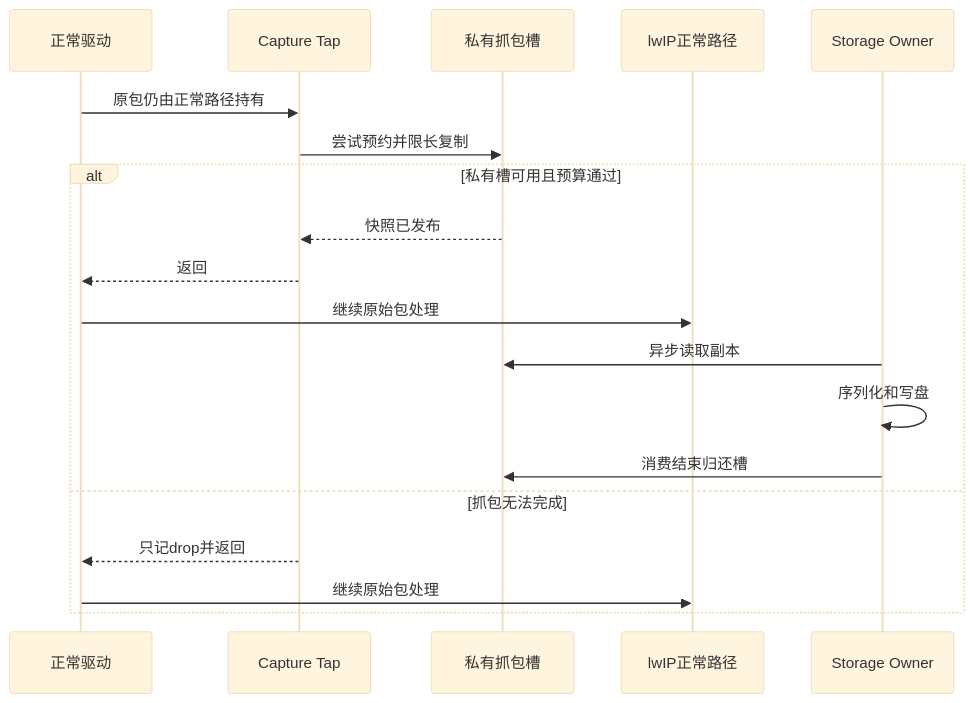
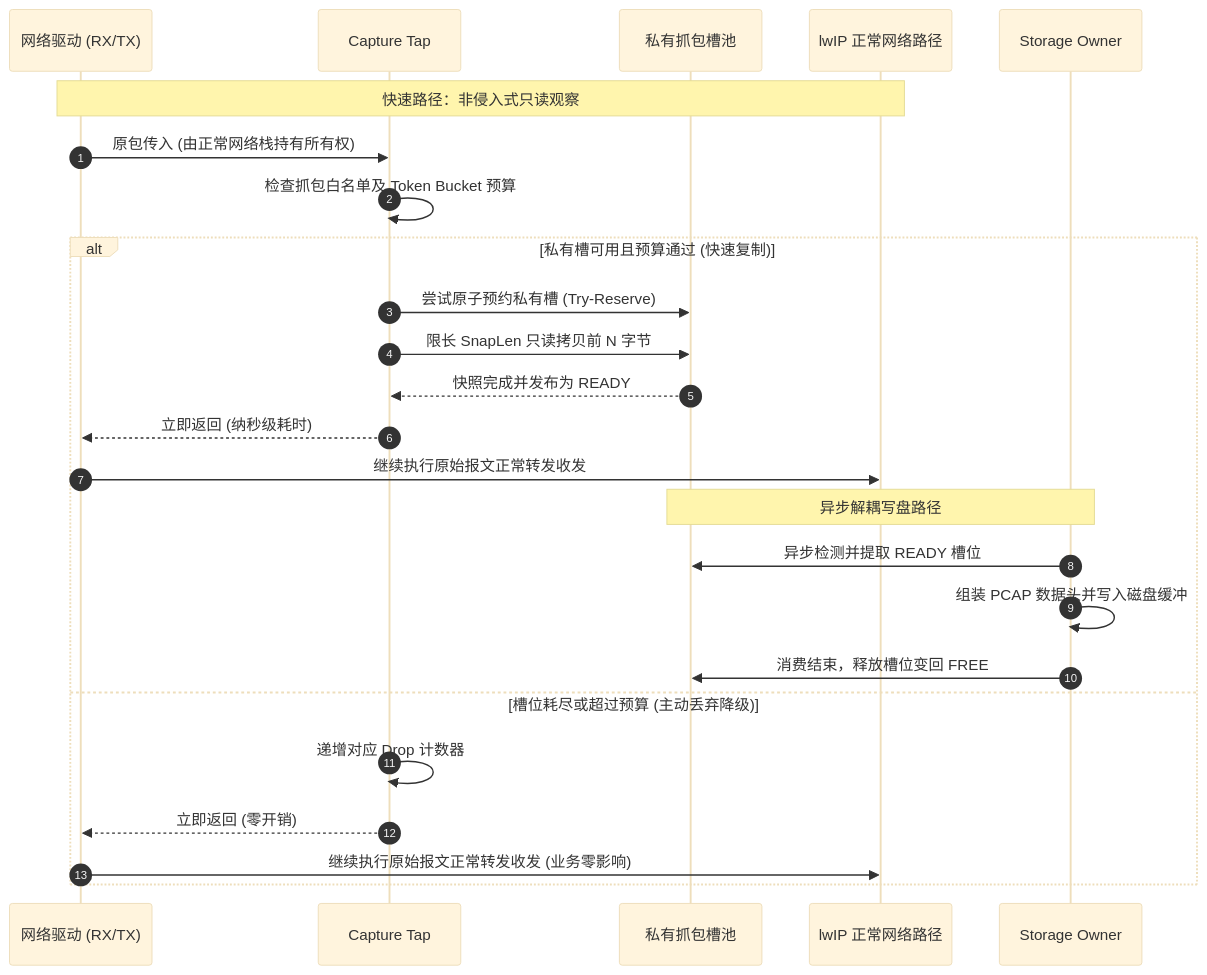
One commit to luckyJimLu/system-design-notes changed the seventh of 12 diagrams in embedded-systems/modemlog/03-modem-complete-mermaid-flows.md. Above: the diagram before and after it, drawn with Mermaid (base theme). The commit also changed other lines of this file and 19 other files, not shown here.

First line of the commit message:
docs: update modem flows and system documentation

````diff
--- a/embedded-systems/modemlog/03-modem-complete-mermaid-flows.md
+++ b/embedded-systems/modemlog/03-modem-complete-mermaid-flows.md
@@ -105,21 +209,30 @@
 ```mermaid
 sequenceDiagram
-    participant driver as 正常驱动
-    participant tap as Capture Tap
-    participant pool as 私有抓包槽
-    participant network as lwIP正常路径
-    participant storage as Storage Owner
-    driver->>tap: 原包仍由正常路径持有
-    tap->>pool: 尝试预约并限长复制
-    alt 私有槽可用且预算通过
-        pool-->>tap: 快照已发布
-        tap-->>driver: 返回
-        driver->>network: 继续原始包处理
-        storage->>pool: 异步读取副本
-        storage->>storage: 序列化和写盘
-        storage->>pool: 消费结束归还槽
-    else 抓包无法完成
-        tap-->>driver: 只记drop并返回
-        driver->>network: 继续原始包处理
+    autonumber
+    participant Driver as 网络驱动 (RX/TX)
+    participant Tap as Capture Tap
+    participant Pool as 私有抓包槽池
+    participant Network as lwIP 正常网络路径
+    participant Storage as Storage Owner
+
+    Note over Driver,Network: 快速路径：非侵入式只读观察
+    Driver->>Tap: 原包传入 (由正常网络栈持有所有权)
+    Tap->>Tap: 检查抓包白名单及 Token Bucket 预算
+
+    alt 私有槽可用且预算通过 (快速复制)
+        Tap->>Pool: 尝试原子预约私有槽 (Try-Reserve)
+        Tap->>Pool: 限长 SnapLen 只读拷贝前 N 字节
+        Pool-->>Tap: 快照完成并发布为 READY
+        Tap-->>Driver: 立即返回 (纳秒级耗时)
+        Driver->>Network: 继续执行原始报文正常转发收发
+
+        Note over Storage,Pool: 异步解耦写盘路径
+        Storage->>Pool: 异步检测并提取 READY 槽位
+        Storage->>Storage: 组装 PCAP 数据头并写入磁盘缓冲
+        Storage->>Pool: 消费结束，释放槽位变回 FREE
+    else 槽位耗尽或超过预算 (主动丢弃降级)
+        Tap->>Tap: 递增对应 Drop 计数器
+        Tap-->>Driver: 立即返回 (零开销)
+        Driver->>Network: 继续执行原始报文正常转发收发 (业务零影响)
     end
 ```
````
